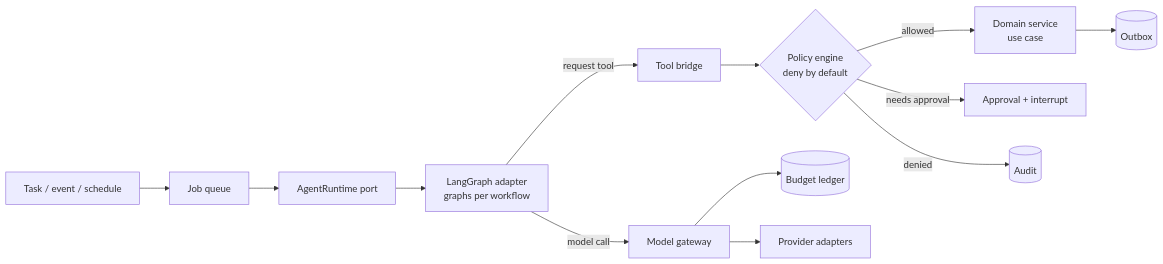
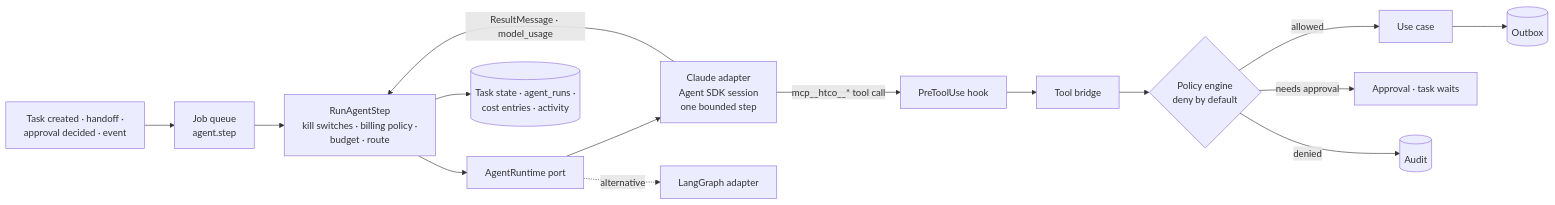
Before and after one commit to Tzvi1234/htco-platform: the fourth of 5 diagrams in docs/architecture/SOFTWARE_DESIGN.md, drawn with Mermaid. The commit also changed other lines of this file and 99 other files, not shown here.

````diff
--- a/docs/architecture/SOFTWARE_DESIGN.md
+++ b/docs/architecture/SOFTWARE_DESIGN.md
@@ -285,15 +287,17 @@
 ```mermaid
 flowchart LR
-  task[Task / event / schedule] --> q[Job queue]
-  q --> rt[AgentRuntime port]
-  rt --> lg[LangGraph adapter<br/>graphs per workflow]
-  lg -->|request tool| tb[Tool bridge]
+  task[Task created · handoff ·<br/>approval decided · event] --> q[Job queue<br/>agent.step]
+  q --> step[RunAgentStep<br/>kill switches · billing policy ·<br/>budget · route]
+  step --> rt[AgentRuntime port]
+  rt --> cl[Claude adapter<br/>Agent SDK session<br/>one bounded step]
+  rt -. alternative .-> lg[LangGraph adapter]
+  cl -->|mcp__htco__* tool call| hook[PreToolUse hook]
+  hook --> tb[Tool bridge]
   tb --> pe{Policy engine<br/>deny by default}
-  pe -->|allowed| ds[Domain service<br/>use case]
-  pe -->|needs approval| ap[Approval + interrupt]
+  pe -->|allowed| ds[Use case]
+  pe -->|needs approval| ap[Approval · task waits]
   pe -->|denied| audit[(Audit)]
   ds --> outbox[(Outbox)]
-  lg -->|model call| gw[Model gateway]
-  gw --> budget[(Budget ledger)]
-  gw --> prov[Provider adapters]
+  cl -->|ResultMessage · model_usage| step
+  step --> db[(Task state · agent_runs ·<br/>cost entries · activity)]
 ```
````
